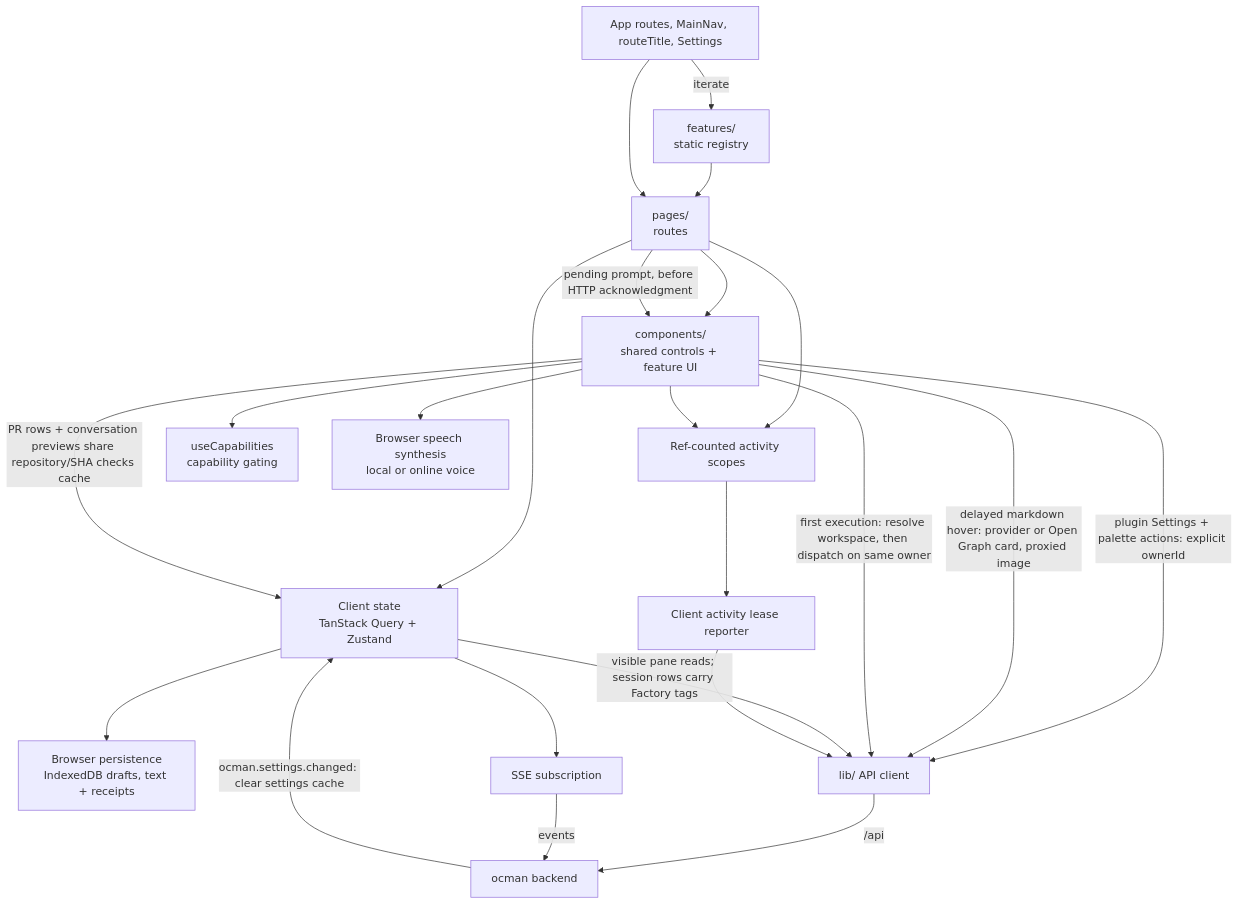
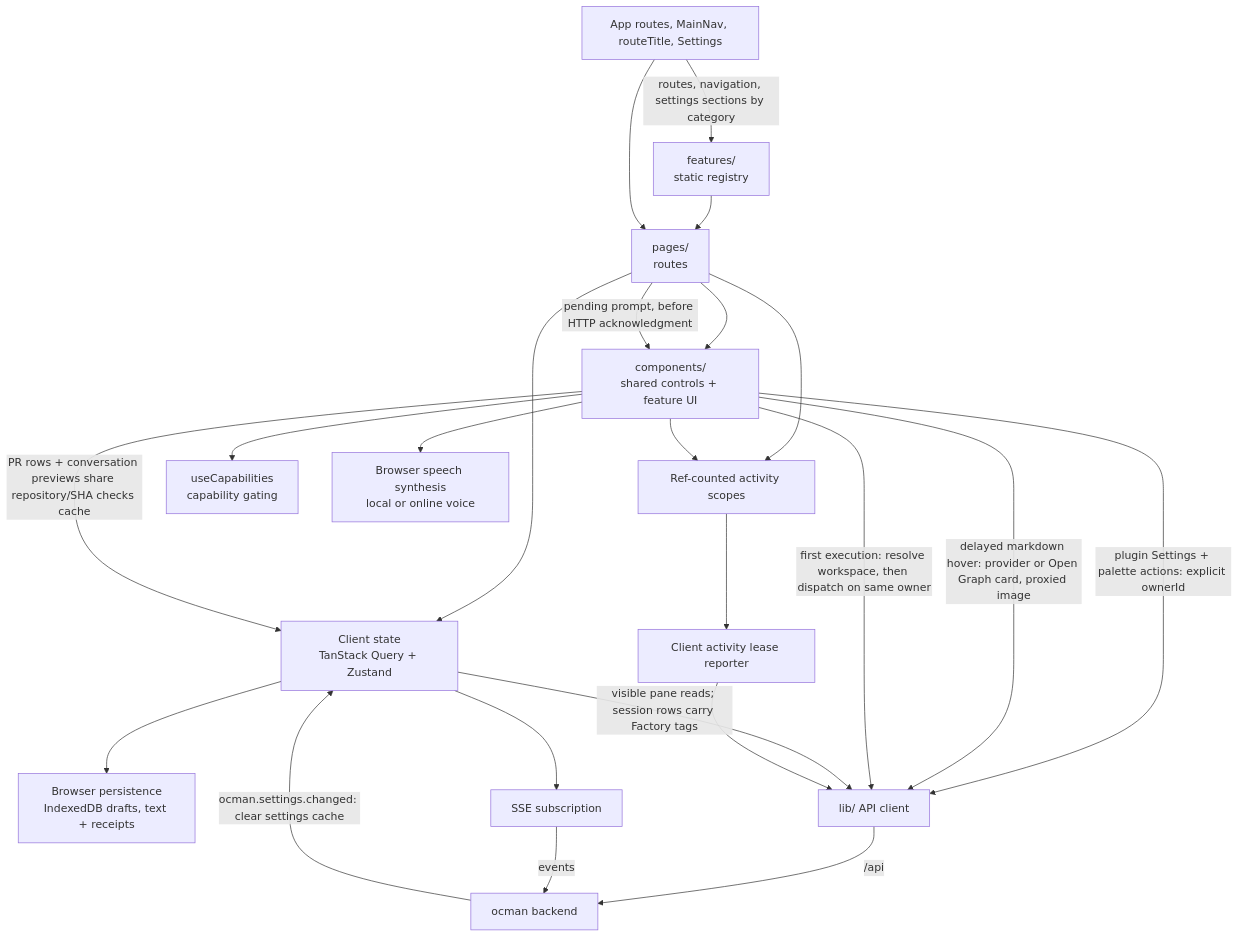
The fourth of 5 diagrams in docs/other/architecture.md (ocman/ocman), drawn with Mermaid before and after one commit. The commit also changed other lines of this file and 24 other files, not shown here.

Commit message:
feat(settings): group categories into named sections

````diff
--- a/docs/other/architecture.md
+++ b/docs/other/architecture.md
@@ -878,25 +878,25 @@
 ```mermaid
 flowchart TD
-    Shell[App routes, MainNav, routeTitle, Settings] -->|iterate| Features[features/<br/>static registry]
+    Shell[App routes, MainNav, routeTitle, Settings] -->|routes, navigation, settings sections by category| Features[features/<br/>static registry]
     Features --> Pages
     Shell --> Pages
     Pages[pages/<br/>routes] --> Comp[components/<br/>shared controls + feature UI]
     Pages --> Stores[Client state<br/>TanStack Query + Zustand]
     Pages -->|pending prompt, before HTTP acknowledgment| Comp
     Stores --> Persistence[Browser persistence<br/>IndexedDB drafts, text + receipts]
     Comp -->|PR rows + conversation previews share repository/SHA checks cache| Stores
     Comp -->|plugin Settings + palette actions: explicit ownerId| API
     Comp -->|delayed markdown hover: provider or Open Graph card, proxied image| API
     Comp -->|first execution: resolve workspace, then dispatch on same owner| API
     Stores -->|visible pane reads; session rows carry Factory tags| API[lib/ API client]
     Stores --> SSE[SSE subscription]
     Pages --> Scopes[Ref-counted activity scopes]
     Comp --> Scopes
     Scopes --> Reporter[Client activity lease reporter]
     Reporter --> API
     API -->|/api| Hub[ocman backend]
     SSE -->|events| Hub
     Hub -->|ocman.settings.changed: clear settings cache| Stores
     Comp --> Caps[useCapabilities<br/>capability gating]
     Comp --> Speech[Browser speech synthesis<br/>local or online voice]
 ```
````
